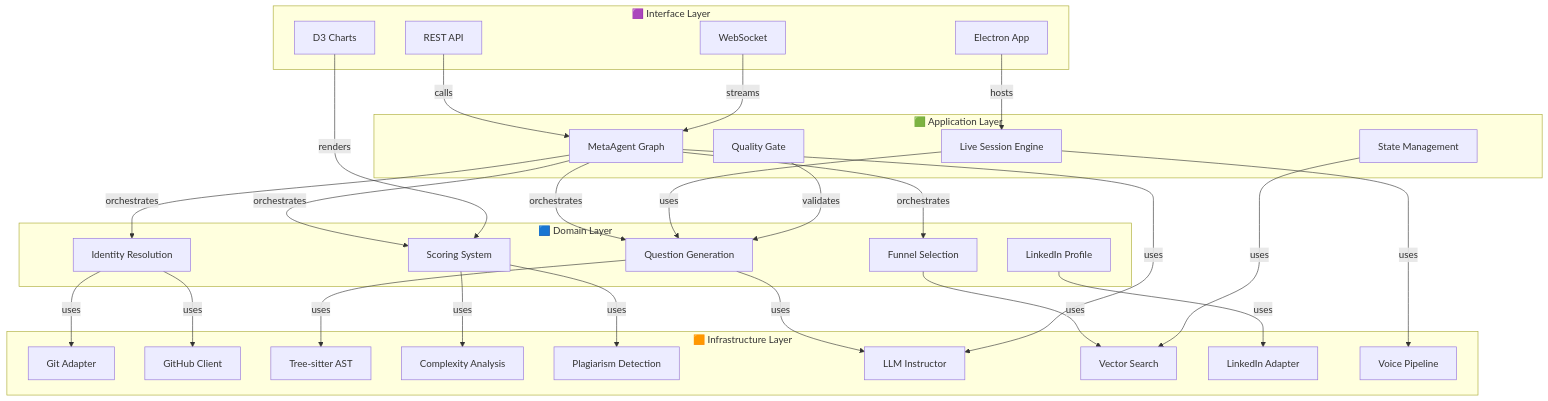
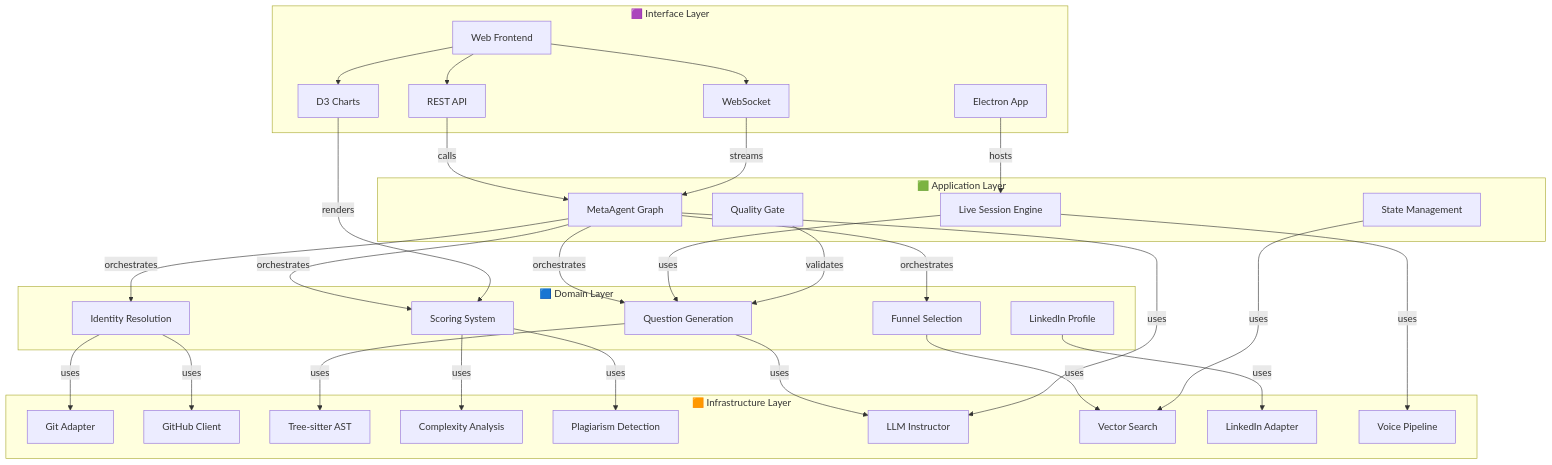
The diagram in docs/architecture/RELATION-MAP.md (sabyunrepo/IaaS), drawn with Mermaid before and after one commit. The commit also changed 13 other files, not shown here.

````diff
--- a/docs/architecture/RELATION-MAP.md
+++ b/docs/architecture/RELATION-MAP.md
@@ -15,65 +15,69 @@
 ```mermaid
 graph TB
     subgraph Domain["🟦 Domain Layer"]
         IR[Identity Resolution]
         SC[Scoring System]
         FS[Funnel Selection]
         QG[Question Generation]
         LP[LinkedIn Profile]
     end
 
     subgraph Application["🟩 Application Layer"]
         MA[MetaAgent Graph]
         LS[Live Session Engine]
         SM[State Management]
         QA[Quality Gate]
     end
 
     subgraph Infrastructure["🟧 Infrastructure Layer"]
         GA[Git Adapter]
         GH[GitHub Client]
         TS[Tree-sitter AST]
         CA[Complexity Analysis]
         PD[Plagiarism Detection]
         LI[LLM Instructor]
         VS[Vector Search]
         LA[LinkedIn Adapter]
         VP[Voice Pipeline]
     end
 
     subgraph Interface["🟪 Interface Layer"]
         RA[REST API]
         WS[WebSocket]
         EA[Electron App]
         D3[D3 Charts]
+        WF[Web Frontend]
     end
 
     %% Domain → Infrastructure 의존
     IR -->|uses| GA
     IR -->|uses| GH
     SC -->|uses| CA
     SC -->|uses| PD
     FS -->|uses| VS
     QG -->|uses| LI
     QG -->|uses| TS
     LP -->|uses| LA
 
     %% Application → Domain 의존
     MA -->|orchestrates| IR
     MA -->|orchestrates| SC
     MA -->|orchestrates| FS
     MA -->|orchestrates| QG
     LS -->|uses| QG
     LS -->|uses| VP
     QA -->|validates| QG
 
     %% Application → Infrastructure 의존
     MA -->|uses| LI
     SM -->|uses| VS
 
     %% Interface → Application 의존
     RA -->|calls| MA
     WS -->|streams| MA
     EA -->|hosts| LS
     D3 -->|renders| SC
+    WF --> RA
+    WF --> WS
+    WF --> D3
 ```
````
